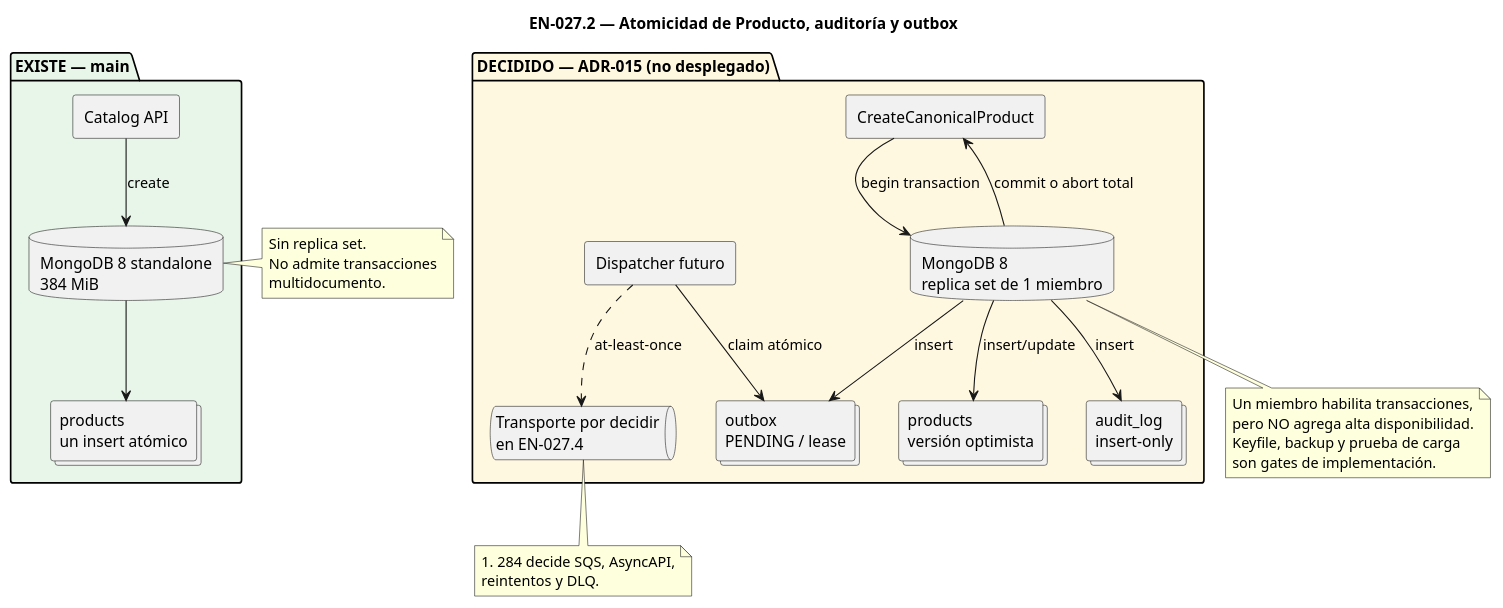
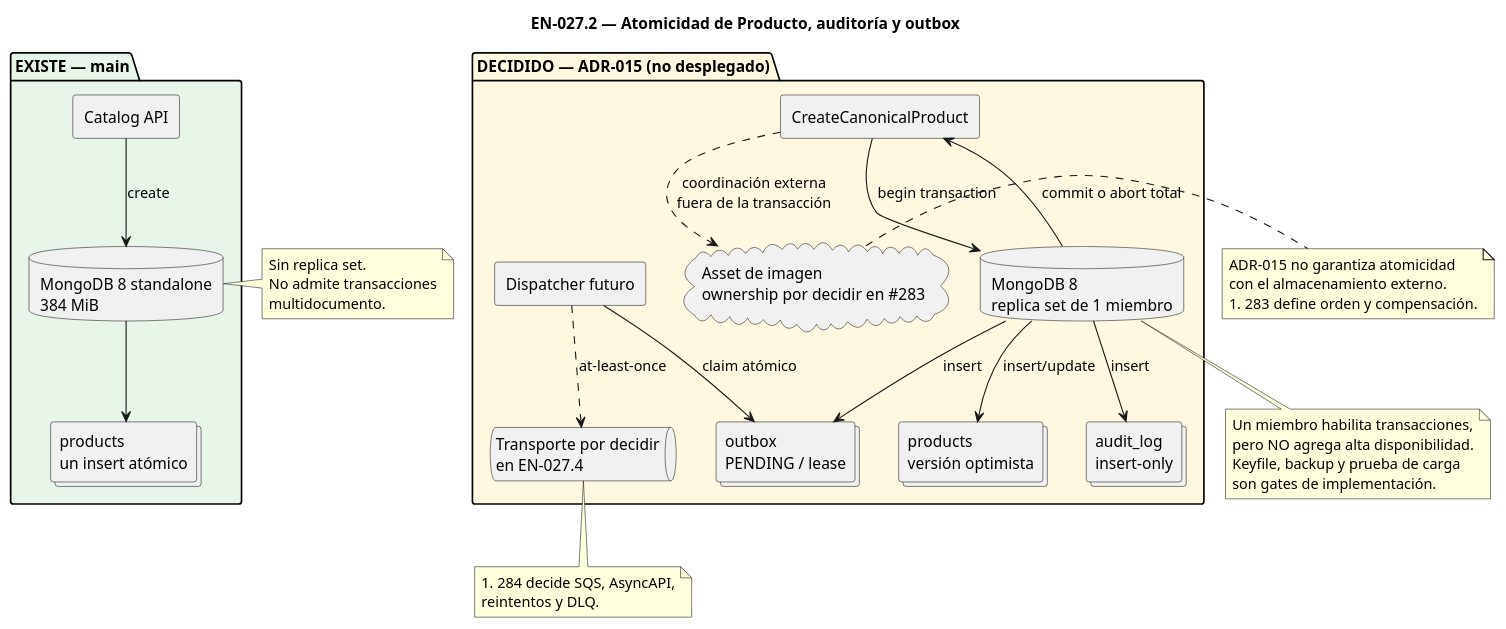
One commit to Nexus-Battle-VI/Nexus-Battle-Infrastructure changed the diagram in docs/diagrams/catalog-atomicity-audit-outbox.puml. Above: the diagram before and after it, drawn with PlantUML.

Commit message:
docs(infrastructure): [EN-027.2] delimitar atomicidad de imagen

```diff
--- a/docs/diagrams/catalog-atomicity-audit-outbox.puml
+++ b/docs/diagrams/catalog-atomicity-audit-outbox.puml
@@ -1,53 +1,61 @@
 @startuml
 title EN-027.2 — Atomicidad de Producto, auditoría y outbox
 
 skinparam componentStyle rectangle
 skinparam shadowing false
 
 package "EXISTE — main" #E8F5E9 {
   [Catalog API] as catalog_now
   database "MongoDB 8 standalone\n384 MiB" as mongo_now
   collections "products\nun insert atómico" as products_now
 
   catalog_now --> mongo_now : create
   mongo_now --> products_now
 }
 
 note right of mongo_now
   Sin replica set.
   No admite transacciones
   multidocumento.
 end note
 
 package "DECIDIDO — ADR-015 (no desplegado)" #FFF8E1 {
   [CreateCanonicalProduct] as usecase
+  cloud "Asset de imagen\nownership por decidir en #283" as image
   database "MongoDB 8\nreplica set de 1 miembro" as replica
   collections "products\nversión optimista" as products
   collections "audit_log\ninsert-only" as audit
   collections "outbox\nPENDING / lease" as outbox
   [Dispatcher futuro] as dispatcher
   queue "Transporte por decidir\nen EN-027.4" as transport
 
+  usecase ..> image : coordinación externa\nfuera de la transacción
   usecase --> replica : begin transaction
   replica --> products : insert/update
   replica --> audit : insert
   replica --> outbox : insert
   usecase <-- replica : commit o abort total
 
   dispatcher --> outbox : claim atómico
   dispatcher ..> transport : at-least-once
 }
+
+note right of image
+  ADR-015 no garantiza atomicidad
+  con el almacenamiento externo.
+  #283 define orden y compensación.
+end note
 
 note bottom of replica
   Un miembro habilita transacciones,
   pero NO agrega alta disponibilidad.
   Keyfile, backup y prueba de carga
   son gates de implementación.
 end note
 
 note bottom of transport
   #284 decide SQS, AsyncAPI,
   reintentos y DLQ.
 end note
 
 @enduml
```
